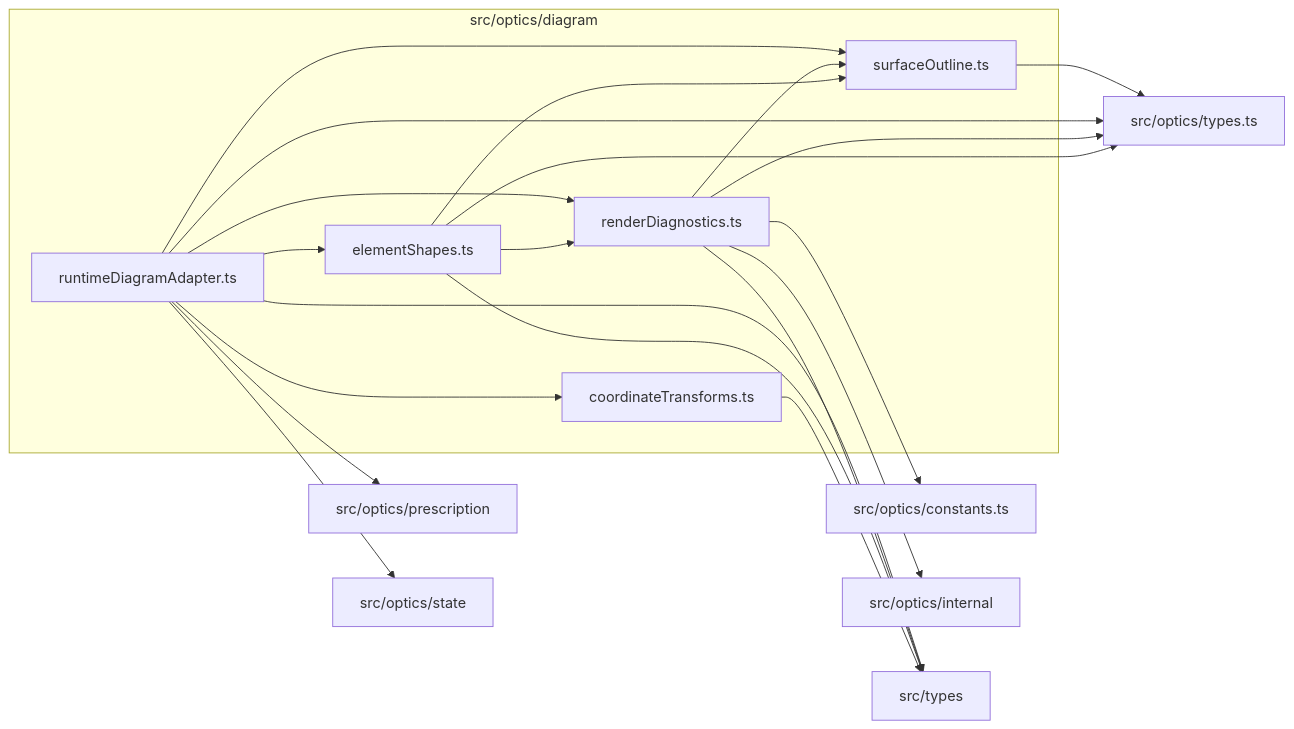
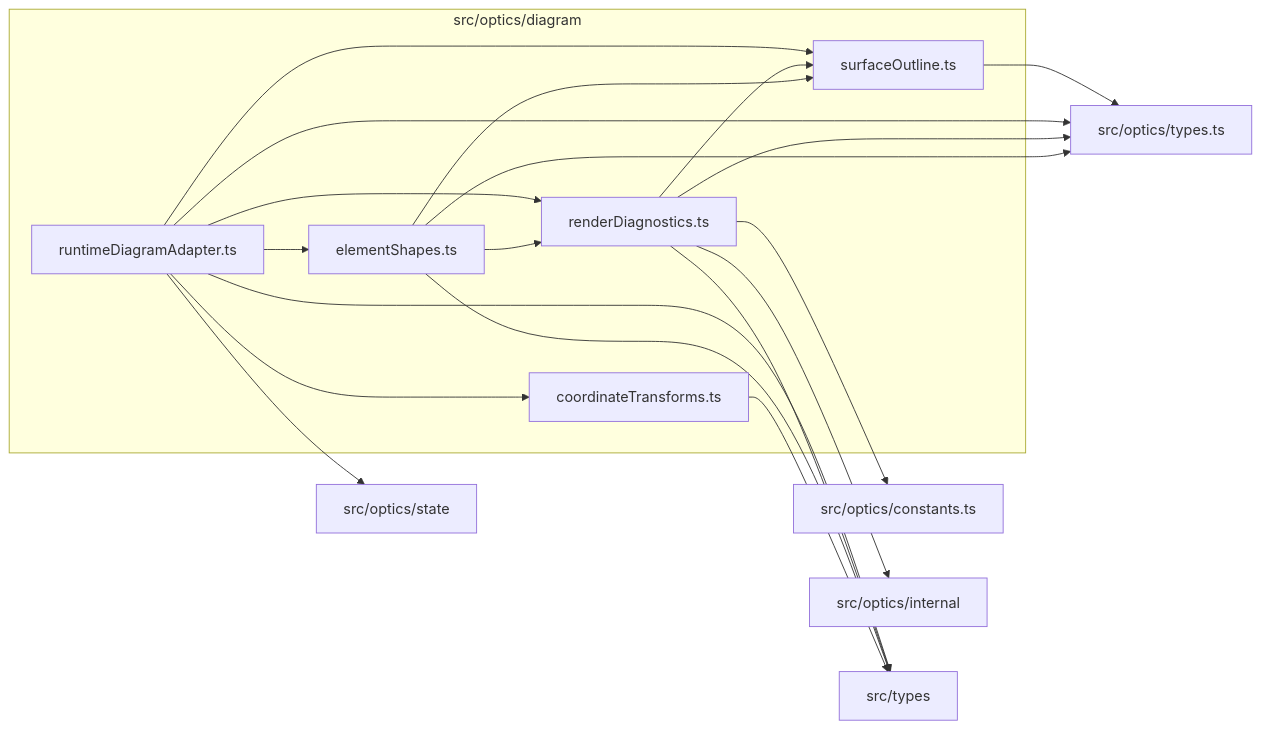
Before and after one commit to ronbuening/LensVisualizer: the diagram in src/optics/diagram/readme.md, drawn with Mermaid. The commit also changed other lines of this file and 29 other files, not shown here.

````diff
--- a/src/optics/diagram/readme.md
+++ b/src/optics/diagram/readme.md
@@ -9,35 +9,33 @@
 ```mermaid
 flowchart LR
   subgraph n_src_optics_diagram["src/optics/diagram"]
     n_src_optics_diagram_src_optics_diagram_coordinateTransforms_ts["coordinateTransforms.ts"]
     n_src_optics_diagram_src_optics_diagram_elementShapes_ts["elementShapes.ts"]
     n_src_optics_diagram_src_optics_diagram_renderDiagnostics_ts["renderDiagnostics.ts"]
     n_src_optics_diagram_src_optics_diagram_runtimeDiagramAdapter_ts["runtimeDiagramAdapter.ts"]
     n_src_optics_diagram_src_optics_diagram_surfaceOutline_ts["surfaceOutline.ts"]
   end
   n_external_src_optics_constants_ts["src/optics/constants.ts"]
   n_external_src_optics_internal["src/optics/internal"]
-  n_external_src_optics_prescription["src/optics/prescription"]
   n_external_src_optics_state["src/optics/state"]
   n_external_src_optics_types_ts["src/optics/types.ts"]
   n_external_src_types["src/types"]
   n_src_optics_diagram_src_optics_diagram_renderDiagnostics_ts --> n_external_src_optics_constants_ts
   n_src_optics_diagram_src_optics_diagram_renderDiagnostics_ts --> n_external_src_optics_internal
-  n_src_optics_diagram_src_optics_diagram_runtimeDiagramAdapter_ts --> n_external_src_optics_prescription
   n_src_optics_diagram_src_optics_diagram_runtimeDiagramAdapter_ts --> n_external_src_optics_state
   n_src_optics_diagram_src_optics_diagram_elementShapes_ts --> n_external_src_optics_types_ts
   n_src_optics_diagram_src_optics_diagram_renderDiagnostics_ts --> n_external_src_optics_types_ts
   n_src_optics_diagram_src_optics_diagram_runtimeDiagramAdapter_ts --> n_external_src_optics_types_ts
   n_src_optics_diagram_src_optics_diagram_surfaceOutline_ts --> n_external_src_optics_types_ts
   n_src_optics_diagram_src_optics_diagram_coordinateTransforms_ts --> n_external_src_types
   n_src_optics_diagram_src_optics_diagram_elementShapes_ts --> n_external_src_types
   n_src_optics_diagram_src_optics_diagram_renderDiagnostics_ts --> n_external_src_types
   n_src_optics_diagram_src_optics_diagram_runtimeDiagramAdapter_ts --> n_external_src_types
   n_src_optics_diagram_src_optics_diagram_runtimeDiagramAdapter_ts --> n_src_optics_diagram_src_optics_diagram_coordinateTransforms_ts
   n_src_optics_diagram_src_optics_diagram_runtimeDiagramAdapter_ts --> n_src_optics_diagram_src_optics_diagram_elementShapes_ts
   n_src_optics_diagram_src_optics_diagram_elementShapes_ts --> n_src_optics_diagram_src_optics_diagram_renderDiagnostics_ts
   n_src_optics_diagram_src_optics_diagram_runtimeDiagramAdapter_ts --> n_src_optics_diagram_src_optics_diagram_renderDiagnostics_ts
   n_src_optics_diagram_src_optics_diagram_elementShapes_ts --> n_src_optics_diagram_src_optics_diagram_surfaceOutline_ts
   n_src_optics_diagram_src_optics_diagram_renderDiagnostics_ts --> n_src_optics_diagram_src_optics_diagram_surfaceOutline_ts
   n_src_optics_diagram_src_optics_diagram_runtimeDiagramAdapter_ts --> n_src_optics_diagram_src_optics_diagram_surfaceOutline_ts
 ```
````
